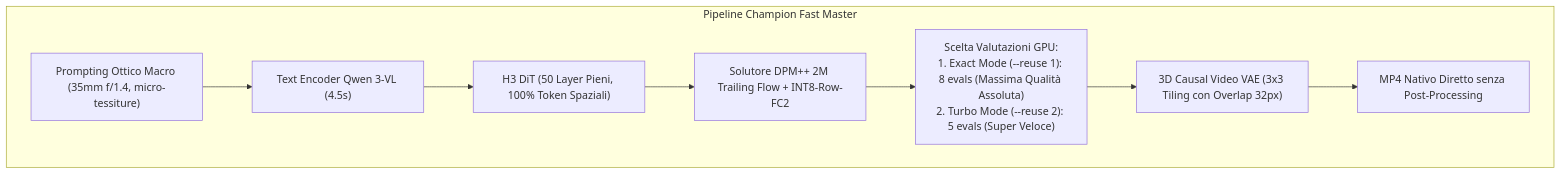
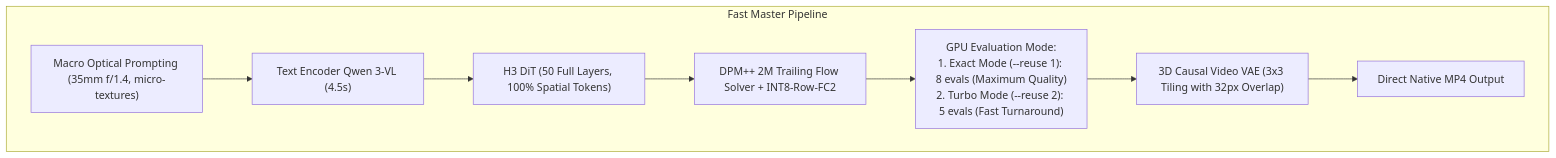
One commit to RobZombAI/H3MLX changed the diagram in .agents/skills/minimax-h3-fast-master/SKILL.md. Above: the diagram before and after it, drawn with Mermaid. The commit also changed other lines of this file and 21 other files, not shown here.

````diff
--- a/.agents/skills/minimax-h3-fast-master/SKILL.md
+++ b/.agents/skills/minimax-h3-fast-master/SKILL.md
@@ -14,11 +14,11 @@
 ```mermaid
 graph TD
-    subgraph Fast_Master_Pipeline ["Pipeline Champion Fast Master"]
-        P["Prompting Ottico Macro (35mm f/1.4, micro-tessiture)"] --> Q["Text Encoder Qwen 3-VL (4.5s)"]
-        Q --> D["H3 DiT (50 Layer Pieni, 100% Token Spaziali)"]
-        D --> S["Solutore DPM++ 2M Trailing Flow + INT8-Row-FC2"]
-        S --> C1["Scelta Valutazioni GPU:<br/>1. Exact Mode (--reuse 1): 8 evals (Massima Qualità Assoluta)<br/>2. Turbo Mode (--reuse 2): 5 evals (Super Veloce)"]
-        C1 --> V["3D Causal Video VAE (3x3 Tiling con Overlap 32px)"]
-        V --> MP4["MP4 Nativo Diretto senza Post-Processing"]
+    subgraph Fast_Master_Pipeline ["Fast Master Pipeline"]
+        P["Macro Optical Prompting (35mm f/1.4, micro-textures)"] --> Q["Text Encoder Qwen 3-VL (4.5s)"]
+        Q --> D["H3 DiT (50 Full Layers, 100% Spatial Tokens)"]
+        D --> S["DPM++ 2M Trailing Flow Solver + INT8-Row-FC2"]
+        S --> C1["GPU Evaluation Mode:<br/>1. Exact Mode (--reuse 1): 8 evals (Maximum Quality)<br/>2. Turbo Mode (--reuse 2): 5 evals (Fast Turnaround)"]
+        C1 --> V["3D Causal Video VAE (3x3 Tiling with 32px Overlap)"]
+        V --> MP4["Direct Native MP4 Output"]
     end
 ```
````
